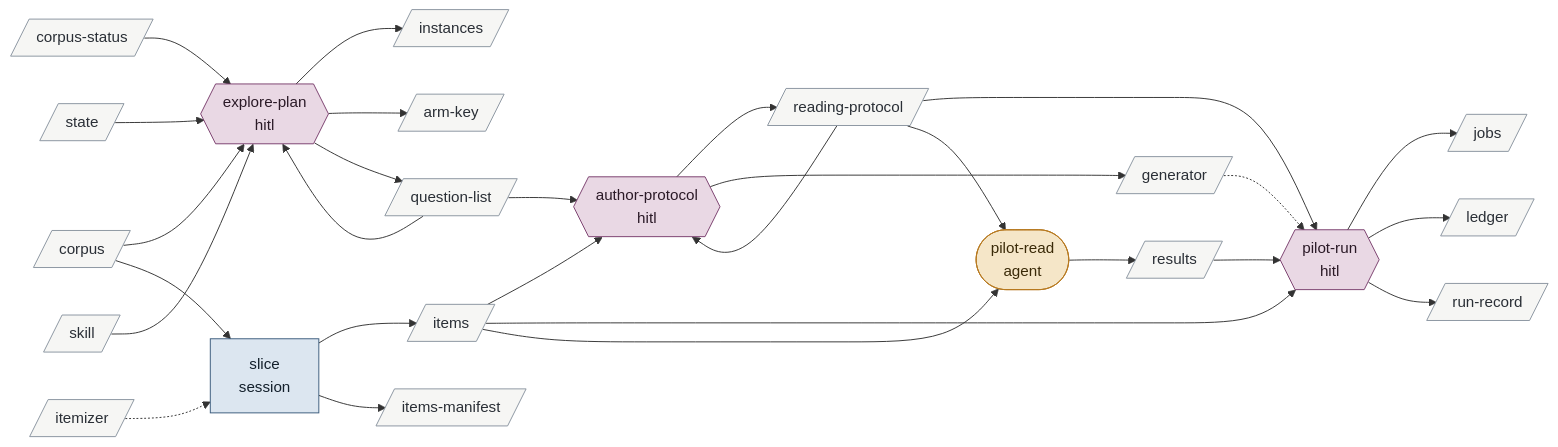
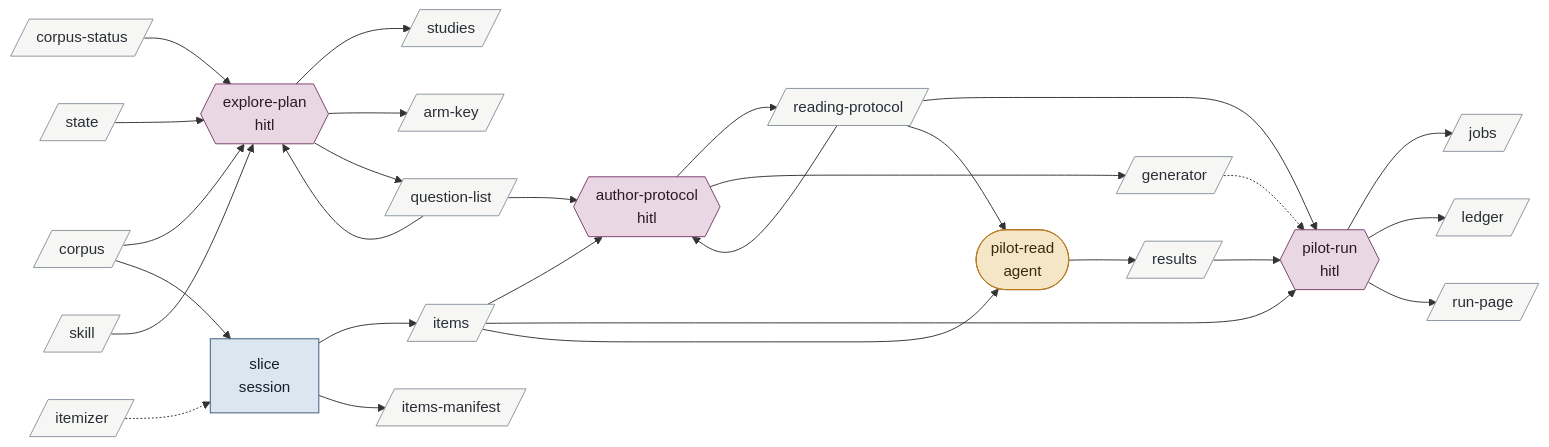
Diagram 12 of 15 in .claude/skills/v3-buildout-2/map.md (bc414/StoryPlanner), drawn with Mermaid before and after one commit. The commit also changed other lines of this file and 32 other files, not shown here.

````diff
--- a/.claude/skills/v3-buildout-2/map.md
+++ b/.claude/skills/v3-buildout-2/map.md
@@ -520,58 +520,58 @@
 ```mermaid
 flowchart LR
   classDef hitl fill:#e9d8e4,stroke:#7a3e6d,color:#2b1a27
   classDef session fill:#dce6f0,stroke:#3b5b7c,color:#14202c
   classDef agent fill:#f5e6c8,stroke:#b7791f,color:#3a2a08
   classDef artifact fill:#f6f6f4,stroke:#8a94a0,color:#2a2f36
   classDef activity fill:#dcebdd,stroke:#4b7f52,color:#122816
   classDef terminus fill:#e4e4ea,stroke:#5b5b7a,color:#1c1c2c
   exploreplan{{"explore-plan<br/>hitl"}}:::hitl
   slice["slice<br/>session"]:::session
   authorprotocol{{"author-protocol<br/>hitl"}}:::hitl
   pilotrun{{"pilot-run<br/>hitl"}}:::hitl
   pilotread(["pilot-read<br/>agent"]):::agent
   armkey[/"arm-key"/]:::artifact
   corpus[/"corpus"/]:::artifact
   corpusstatus[/"corpus-status"/]:::artifact
   generator[/"generator"/]:::artifact
-  instances[/"instances"/]:::artifact
   itemizer[/"itemizer"/]:::artifact
   items[/"items"/]:::artifact
   itemsmanifest[/"items-manifest"/]:::artifact
   jobs[/"jobs"/]:::artifact
   ledger[/"ledger"/]:::artifact
   questionlist[/"question-list"/]:::artifact
   readingprotocol[/"reading-protocol"/]:::artifact
   results[/"results"/]:::artifact
-  runrecord[/"run-record"/]:::artifact
+  runpage[/"run-page"/]:::artifact
   skill[/"skill"/]:::artifact
   state[/"state"/]:::artifact
+  studies[/"studies"/]:::artifact
 
   questionlist --> exploreplan
   corpusstatus --> exploreplan
   corpus --> exploreplan
   state --> exploreplan
   skill --> exploreplan
-  exploreplan --> instances
+  exploreplan --> studies
   exploreplan --> armkey
   exploreplan --> questionlist
   corpus --> slice
   itemizer -.-> slice
   slice --> items
   slice --> itemsmanifest
   questionlist --> authorprotocol
   items --> authorprotocol
   readingprotocol --> authorprotocol
   authorprotocol --> readingprotocol
   authorprotocol --> generator
   readingprotocol --> pilotrun
   items --> pilotrun
   results --> pilotrun
   generator -.-> pilotrun
   pilotrun --> jobs
   pilotrun --> ledger
-  pilotrun --> runrecord
+  pilotrun --> runpage
   readingprotocol --> pilotread
   items --> pilotread
   pilotread --> results
 ```
````
